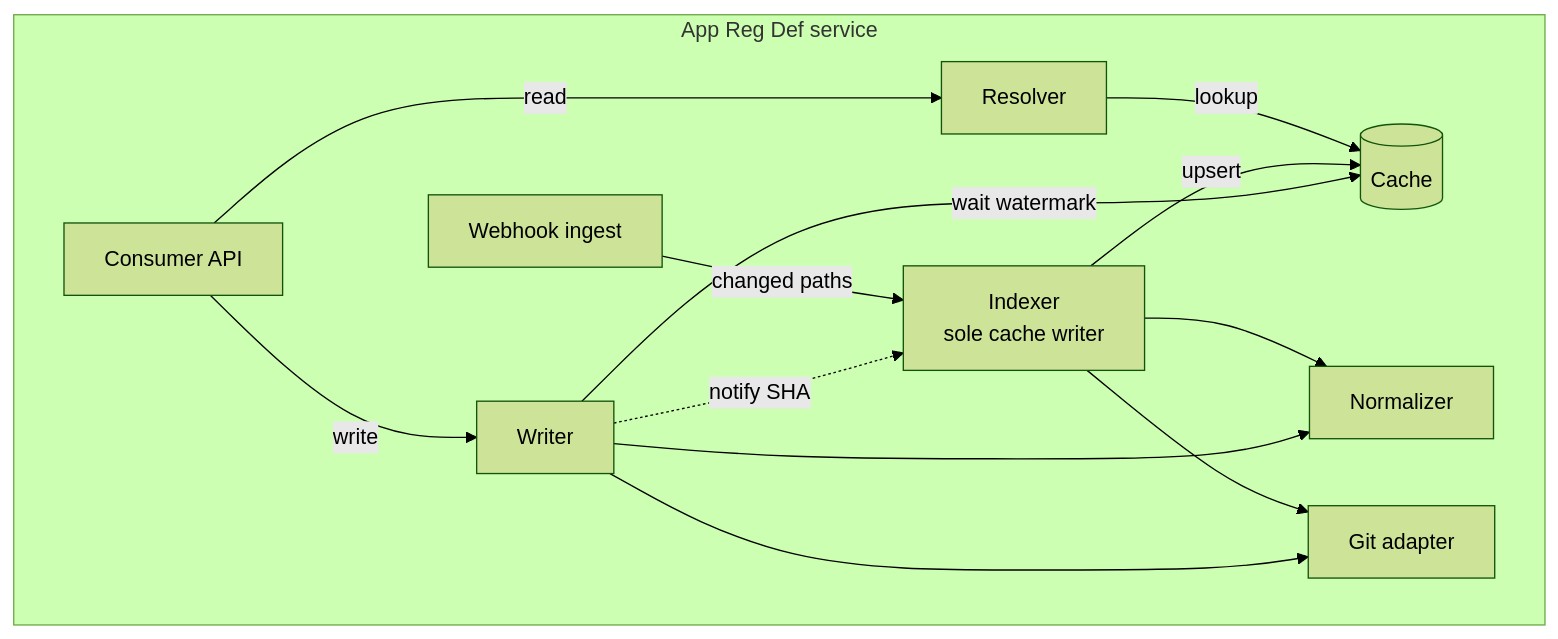
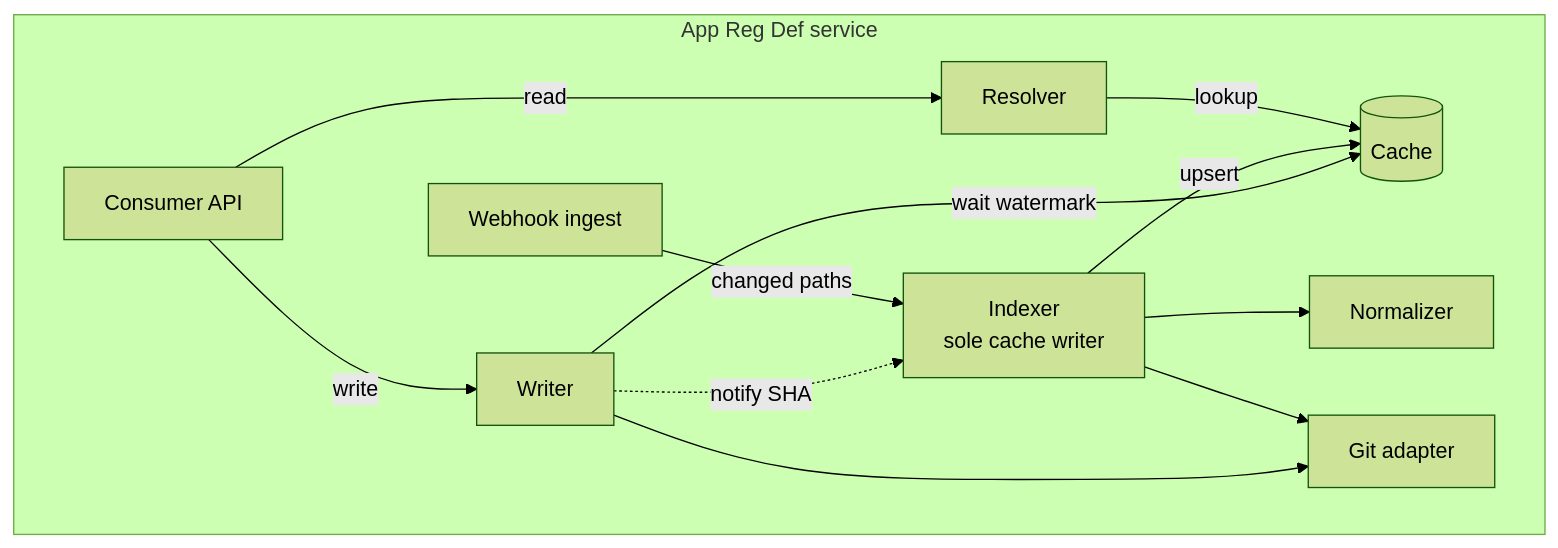
One commit to Netcracker/qubership-envgene changed the second of 5 diagrams in docs/analysis/app-reg-def-service/design/architecture.md. Above: the diagram before and after it, drawn with Mermaid (forest theme). The commit also changed other lines of this file, not shown here.

First line of the commit message:
docs: address architecture.md review (round 2)

````diff
--- a/docs/analysis/app-reg-def-service/design/architecture.md
+++ b/docs/analysis/app-reg-def-service/design/architecture.md
@@ -33,24 +34,23 @@
 ```mermaid
 flowchart TB
   subgraph svc["App Reg Def service"]
     api["Consumer API"]
     wh["Webhook ingest"]
     resolver["Resolver"]
     cache[("Cache")]
     indexer["Indexer<br/>sole cache writer"]
     writer["Writer"]
     norm["Normalizer"]
     gitad["Git adapter"]
   end
   api -->|read| resolver
   resolver -->|lookup| cache
   api -->|write| writer
   wh -->|changed paths| indexer
   indexer -->|upsert| cache
   indexer --> norm
   indexer --> gitad
-  writer --> norm
   writer --> gitad
   writer -->|wait watermark| cache
   writer -. "notify SHA" .-> indexer
 ```
````
